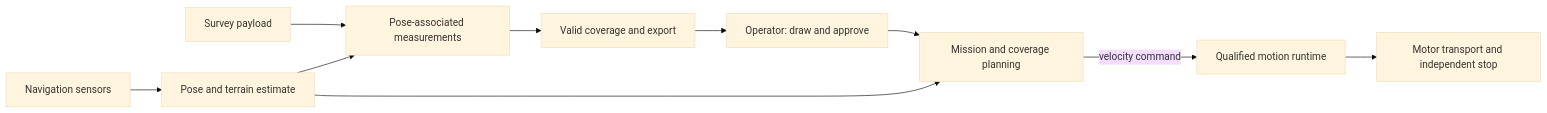
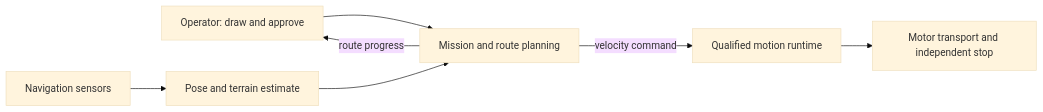
One commit to Cornell-Physical-Intelligence/hexapod-cupi changed the diagram in ARCHITECTURE.md. Above: the diagram before and after it, drawn with Mermaid (base theme). The commit also changed other lines of this file and 6 other files, not shown here.

````diff
--- a/ARCHITECTURE.md
+++ b/ARCHITECTURE.md
@@ -71,12 +72,9 @@
 ```mermaid
 flowchart LR
-  Operator[Operator: draw and approve] --> Mission[Mission and coverage planning]
+  Operator[Operator: draw and approve] --> Mission[Mission and route planning]
   Sensors[Navigation sensors] --> Pose[Pose and terrain estimate]
   Pose --> Mission
   Mission -->|velocity command| Control[Qualified motion runtime]
   Control --> Motors[Motor transport and independent stop]
-  Payload[Survey payload] --> Recorder[Pose-associated measurements]
-  Pose --> Recorder
-  Recorder --> Coverage[Valid coverage and export]
-  Coverage --> Operator
+  Mission -->|route progress| Operator
 ```
````
